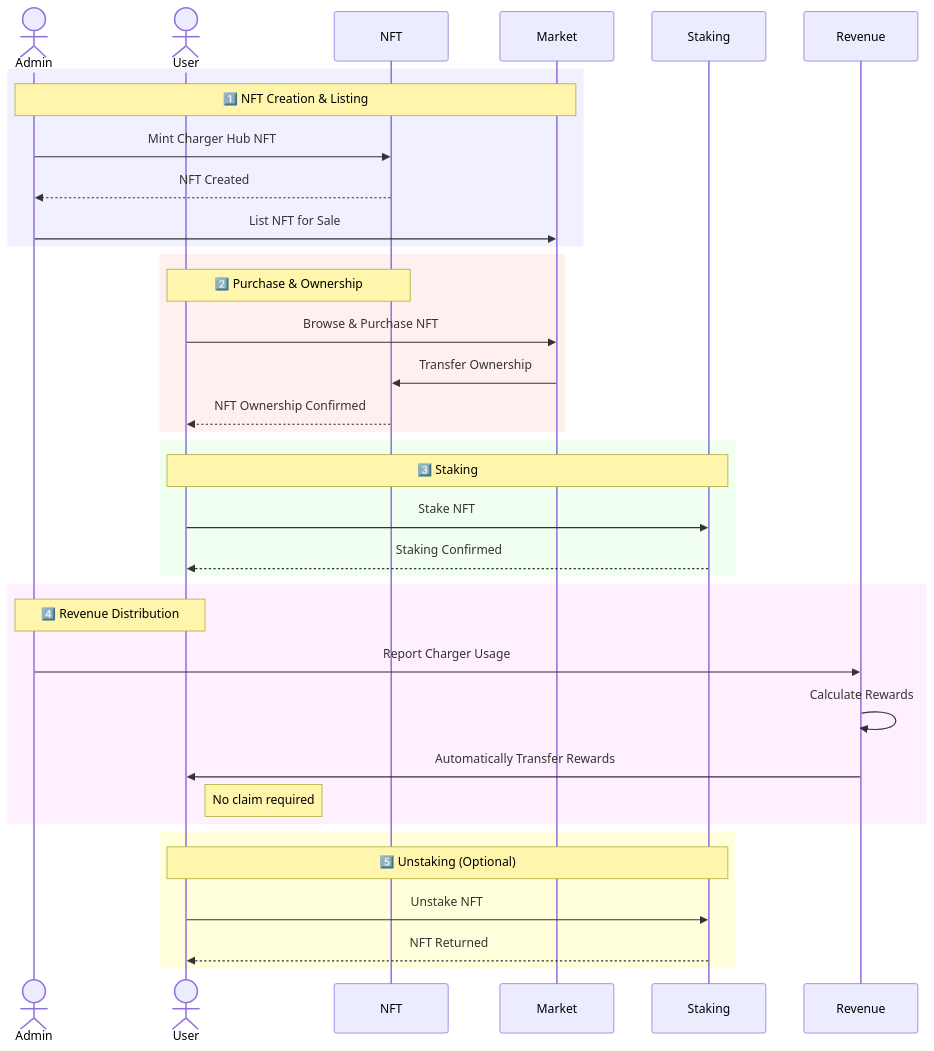
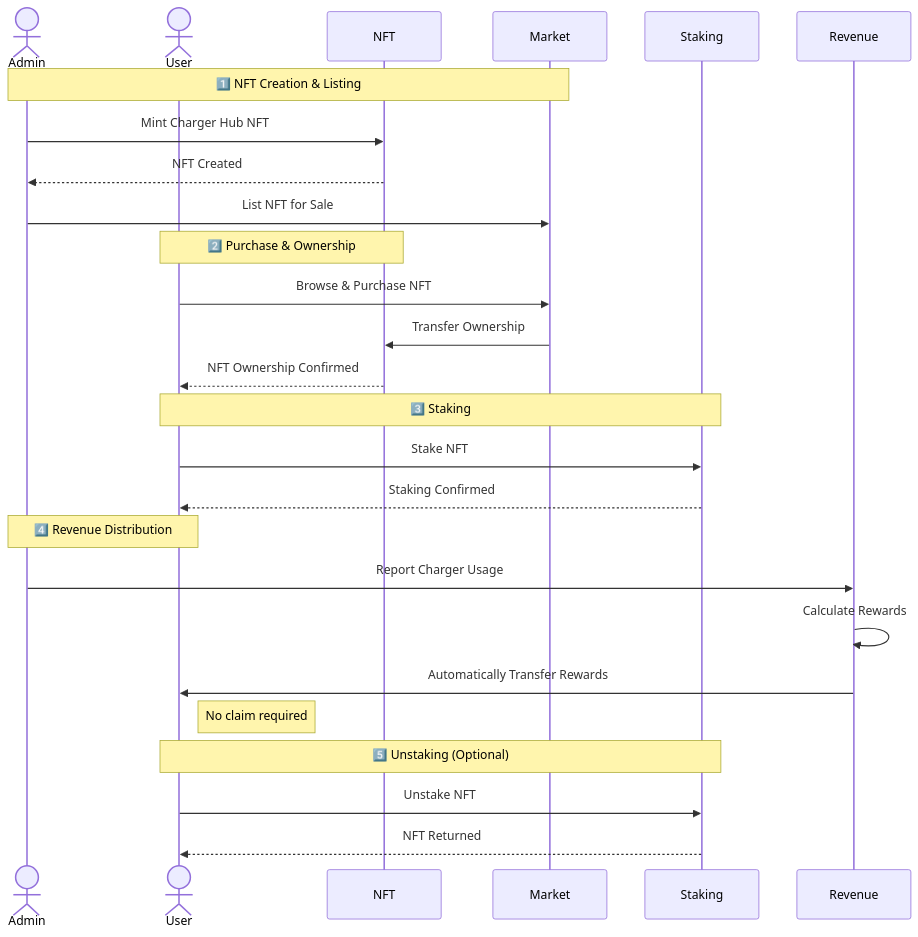
Before and after one commit to junyoungpark358/piggycell: the diagram in README.md, drawn with Mermaid.

Commit message:
docs: improve README with cleaner service flow diagram and accurate feature descriptions

````diff
--- a/README.md
+++ b/README.md
@@ -7,48 +7,38 @@
 ```mermaid
 sequenceDiagram
     actor Admin
     actor User
     participant NFT
     participant Market
     participant Staking
     participant Revenue
 
     %% Core Flow 1: NFT Creation & Listing
-    rect rgb(240, 240, 255)
     Note over Admin, Market: 1️⃣ NFT Creation & Listing
     Admin->>NFT: Mint Charger Hub NFT
     NFT-->>Admin: NFT Created
     Admin->>Market: List NFT for Sale
-    end
 
     %% Core Flow 2: Purchase & Ownership
-    rect rgb(255, 240, 240)
     Note over User, NFT: 2️⃣ Purchase & Ownership
     User->>Market: Browse & Purchase NFT
     Market->>NFT: Transfer Ownership
     NFT-->>User: NFT Ownership Confirmed
-    end
 
     %% Core Flow 3: Staking
-    rect rgb(240, 255, 240)
     Note over User, Staking: 3️⃣ Staking
     User->>Staking: Stake NFT
     Staking-->>User: Staking Confirmed
-    end
 
     %% Core Flow 4: Revenue Distribution
-    rect rgb(255, 240, 255)
     Note over Admin, User: 4️⃣ Revenue Distribution
     Admin->>Revenue: Report Charger Usage
     Revenue->>Revenue: Calculate Rewards
     Revenue->>User: Automatically Transfer Rewards
     Note right of User: No claim required
-    end
 
     %% Optional Flow: Unstaking
-    rect rgb(255, 255, 220)
     Note over User, Staking: 5️⃣ Unstaking (Optional)
     User->>Staking: Unstake NFT
     Staking-->>User: NFT Returned
-    end
 ```
````
